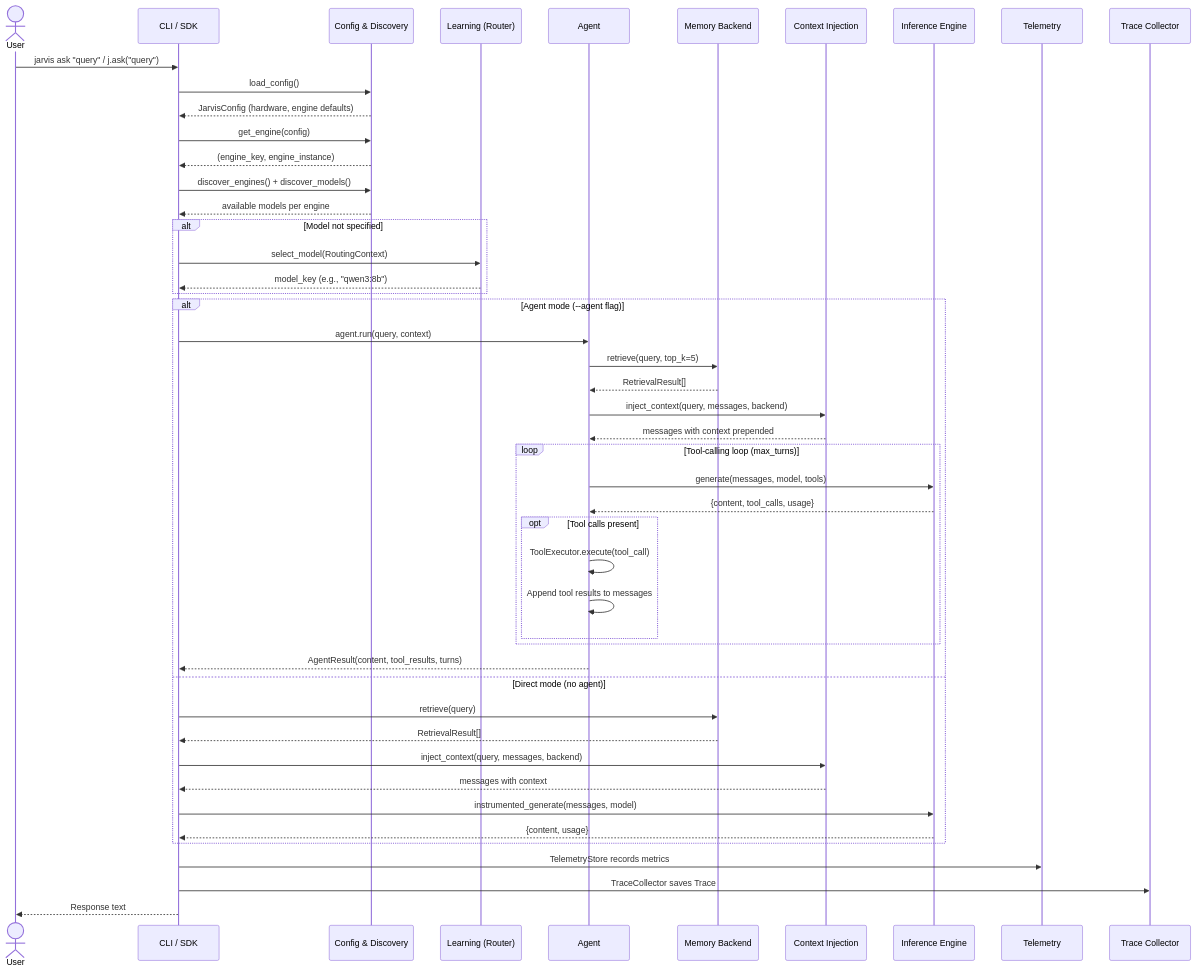
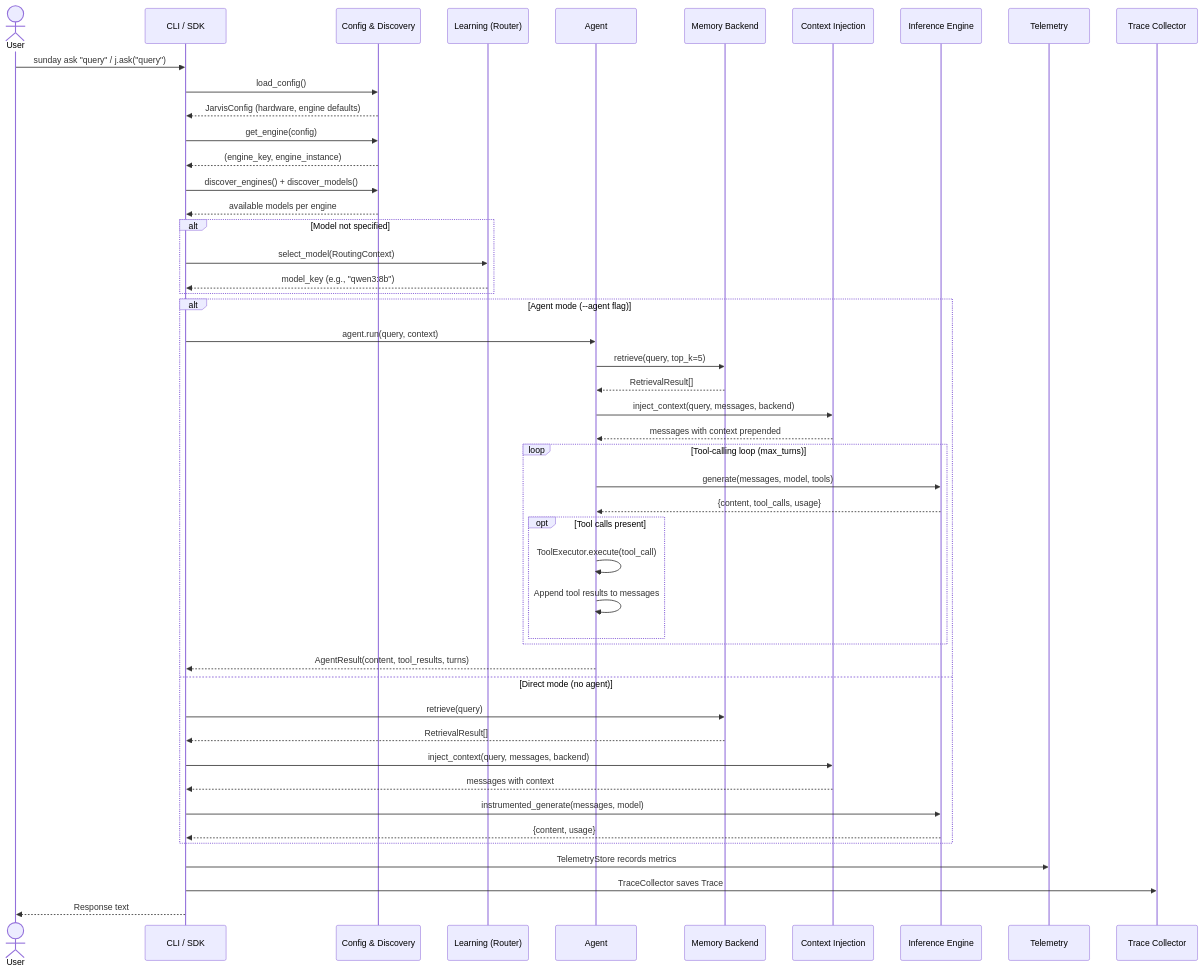
One commit to kungslowjam/S.U.N.D.A.Y changed the diagram in docs/architecture/query-flow.md. Above: the diagram before and after it, drawn with Mermaid. The commit also changed other lines of this file and 190 other files, not shown here.

````diff
--- a/docs/architecture/query-flow.md
+++ b/docs/architecture/query-flow.md
@@ -9,59 +9,59 @@
 ```mermaid
 sequenceDiagram
     actor User
     participant CLI as CLI / SDK
     participant CFG as Config & Discovery
     participant LRN as Learning (Router)
     participant AGT as Agent
     participant MEM as Memory Backend
     participant CTX as Context Injection
     participant ENG as Inference Engine
     participant TEL as Telemetry
     participant TRC as Trace Collector
 
-    User->>CLI: jarvis ask "query" / j.ask("query")
+    User->>CLI: sunday ask "query" / j.ask("query")
     CLI->>CFG: load_config()
     CFG-->>CLI: JarvisConfig (hardware, engine defaults)
 
     CLI->>CFG: get_engine(config)
     CFG-->>CLI: (engine_key, engine_instance)
 
     CLI->>CFG: discover_engines() + discover_models()
     CFG-->>CLI: available models per engine
 
     alt Model not specified
         CLI->>LRN: select_model(RoutingContext)
         LRN-->>CLI: model_key (e.g., "qwen3:8b")
     end
 
     alt Agent mode (--agent flag)
         CLI->>AGT: agent.run(query, context)
         AGT->>MEM: retrieve(query, top_k=5)
         MEM-->>AGT: RetrievalResult[]
         AGT->>CTX: inject_context(query, messages, backend)
         CTX-->>AGT: messages with context prepended
 
         loop Tool-calling loop (max_turns)
             AGT->>ENG: generate(messages, model, tools)
             ENG-->>AGT: {content, tool_calls, usage}
             opt Tool calls present
                 AGT->>AGT: ToolExecutor.execute(tool_call)
                 AGT->>AGT: Append tool results to messages
             end
         end
 
         AGT-->>CLI: AgentResult(content, tool_results, turns)
     else Direct mode (no agent)
         CLI->>MEM: retrieve(query)
         MEM-->>CLI: RetrievalResult[]
         CLI->>CTX: inject_context(query, messages, backend)
         CTX-->>CLI: messages with context
 
         CLI->>ENG: instrumented_generate(messages, model)
         ENG-->>CLI: {content, usage}
     end
 
     CLI->>TEL: TelemetryStore records metrics
     CLI->>TRC: TraceCollector saves Trace
     CLI-->>User: Response text
 ```
````
